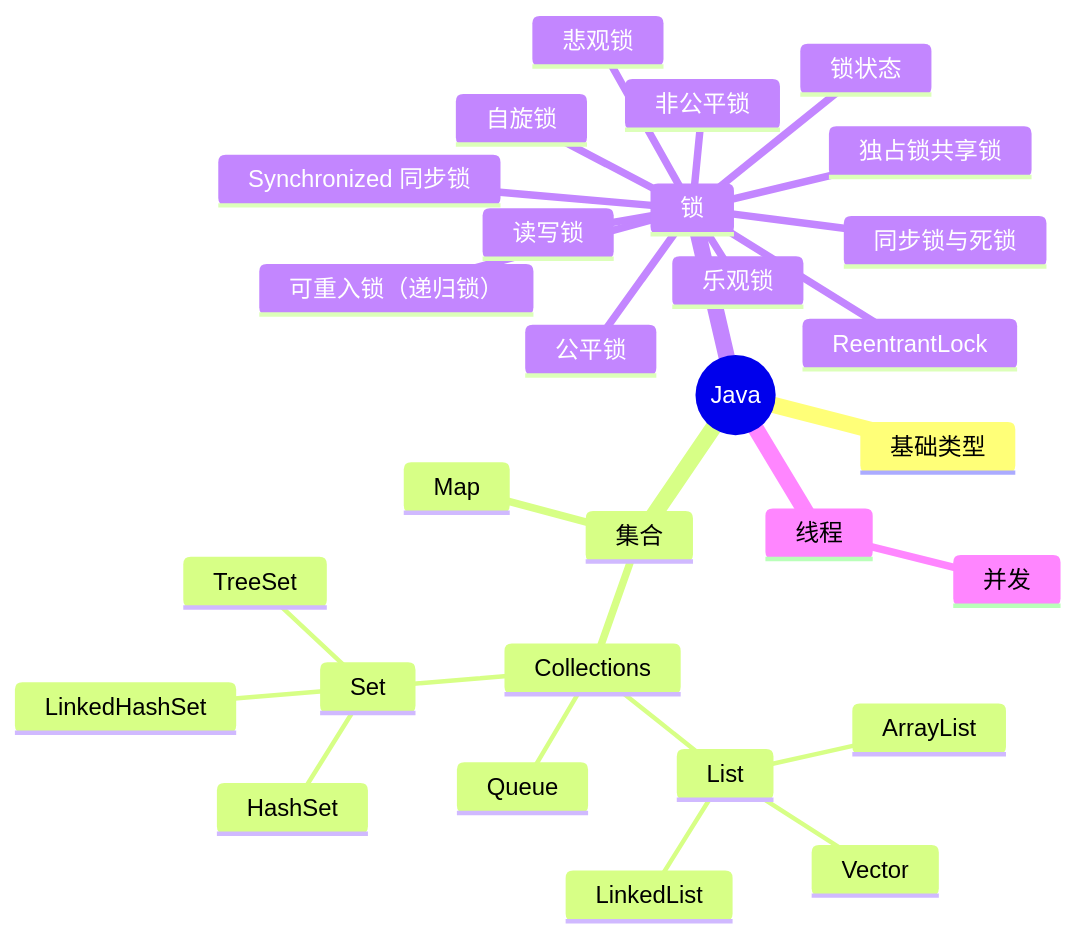
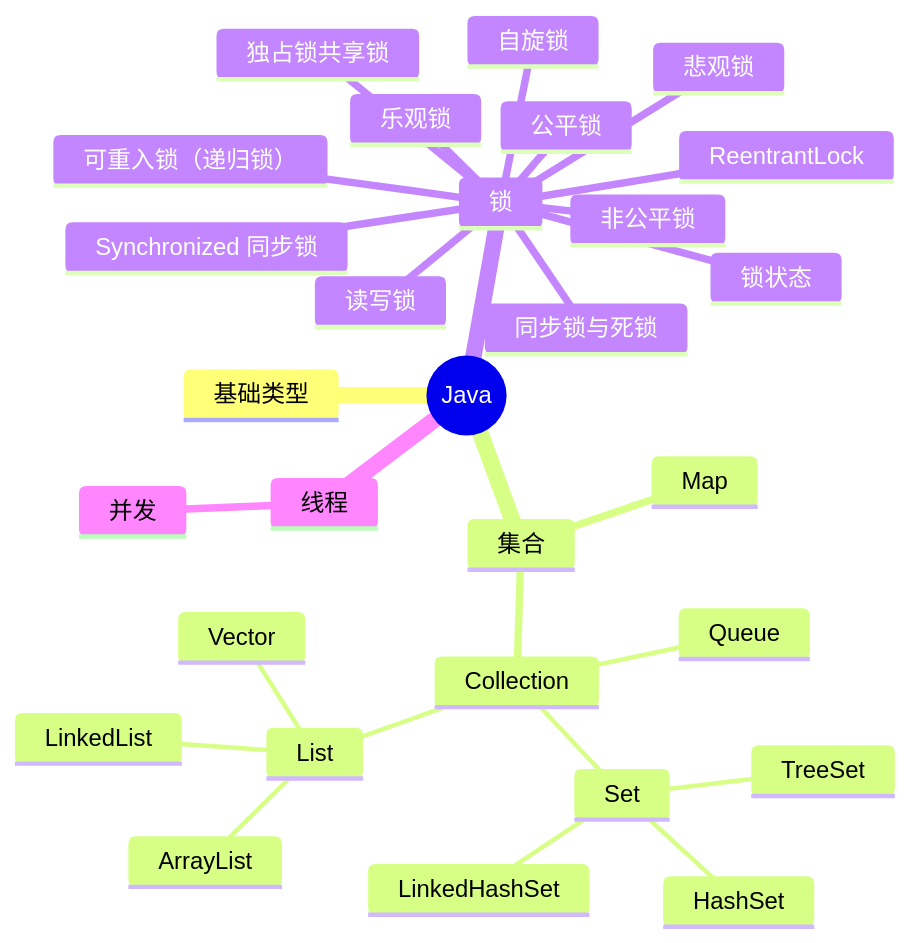
One commit to JKevin-5/VuePracticeMirror changed the diagram in vitepress/docs/notes/java/index.md. Above: the diagram before and after it, drawn with Mermaid. The commit also changed 2 other files, not shown here.

Commit message:
chores: 去除vitepress项目中的rollup依赖，

````diff
--- a/vitepress/docs/notes/java/index.md
+++ b/vitepress/docs/notes/java/index.md
@@ -5,32 +5,32 @@
 ```mermaid
 mindmap
   root((Java))
     基础类型
     集合
-      Collections
+      Collection
         List
           ArrayList
           LinkedList
           Vector
         Set
           HashSet
           TreeSet
           LinkedHashSet
         Queue
       Map
     锁
       乐观锁
       悲观锁
       自旋锁
       Synchronized 同步锁
       ReentrantLock
       非公平锁
       公平锁
       可重入锁（递归锁）
       读写锁
       独占锁共享锁
       锁状态
       同步锁与死锁
     线程
       并发
 ```
````
